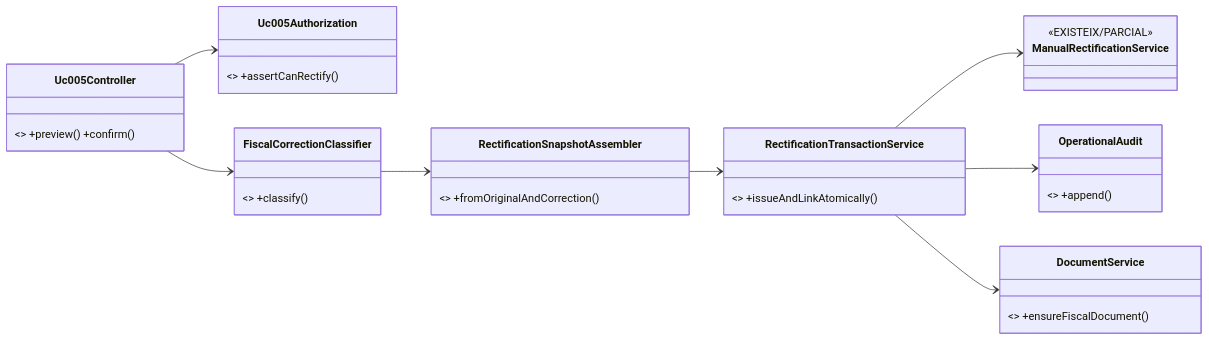
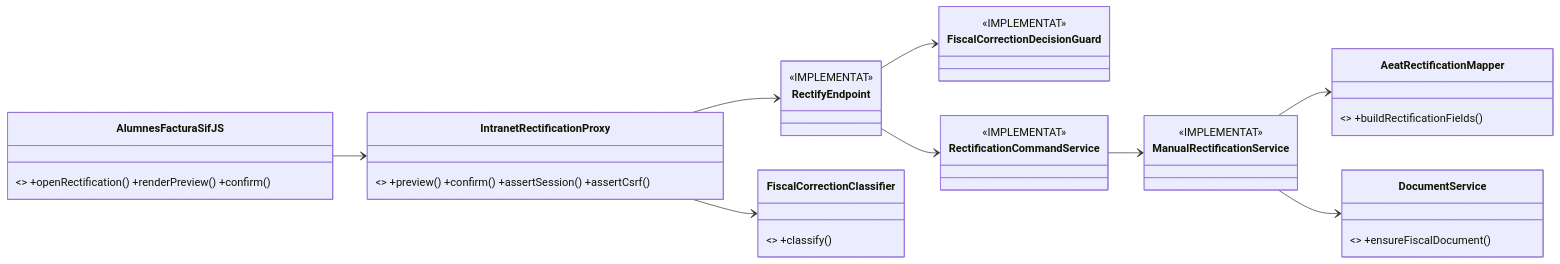
The third of 3 diagrams in documentacio/07-uml-integrat/uc-005-classes-actual-final.md (orgmeriemprismacat-del/verifactu), drawn with Mermaid before and after one commit. The commit also changed other lines of this file, not shown here.

Commit message:
docs(UC-005): reconcilia classes amb backend implementat

````diff
--- a/documentacio/07-uml-integrat/uc-005-classes-actual-final.md
+++ b/documentacio/07-uml-integrat/uc-005-classes-actual-final.md
@@ -63,20 +87,22 @@
 ```mermaid
 classDiagram
 direction LR
-class Uc005Controller { <<PROPOSAT>> +preview() +confirm() }
-class Uc005Authorization { <<PROPOSAT>> +assertCanRectify() }
-class FiscalCorrectionClassifier { <<PROPOSAT/UC-74>> +classify() }
-class RectificationSnapshotAssembler { <<PROPOSAT>> +fromOriginalAndCorrection() }
-class ManualRectificationService { <<EXISTEIX/PARCIAL>> }
-class RectificationTransactionService { <<RESPONSABILITAT COBERTA EN BRANCA>> +issueAndLinkAtomically() }
-class OperationalAudit { <<PROPOSAT>> +append() }
-class DocumentService { <<PROPOSAT/PARCIAL TRANSVERSAL>> +ensureFiscalDocument() }
+class IntranetRectificationProxy { <<PENDENT>> +preview() +confirm() +assertSession() +assertCsrf() }
+class AlumnesFacturaSifJS { <<AMPLIAR>> +openRectification() +renderPreview() +confirm() }
+class RectifyEndpoint { <<IMPLEMENTAT>> }
+class FiscalCorrectionClassifier { <<PENDENT/UC-74>> +classify() }
+class FiscalCorrectionDecisionGuard { <<IMPLEMENTAT>> }
+class RectificationCommandService { <<IMPLEMENTAT>> }
+class ManualRectificationService { <<IMPLEMENTAT>> }
+class AeatRectificationMapper { <<PENDENT>> +buildRectificationFields() }
+class DocumentService { <<TRANSVERSAL/PENDENT E2E>> +ensureFiscalDocument() }
 
-Uc005Controller --> Uc005Authorization
-Uc005Controller --> FiscalCorrectionClassifier
-FiscalCorrectionClassifier --> RectificationSnapshotAssembler
-RectificationSnapshotAssembler --> RectificationTransactionService
-RectificationTransactionService --> ManualRectificationService
-RectificationTransactionService --> OperationalAudit
-RectificationTransactionService --> DocumentService
+AlumnesFacturaSifJS --> IntranetRectificationProxy
+IntranetRectificationProxy --> FiscalCorrectionClassifier
+IntranetRectificationProxy --> RectifyEndpoint
+RectifyEndpoint --> FiscalCorrectionDecisionGuard
+RectifyEndpoint --> RectificationCommandService
+RectificationCommandService --> ManualRectificationService
+ManualRectificationService --> AeatRectificationMapper
+ManualRectificationService --> DocumentService
 ```
````
